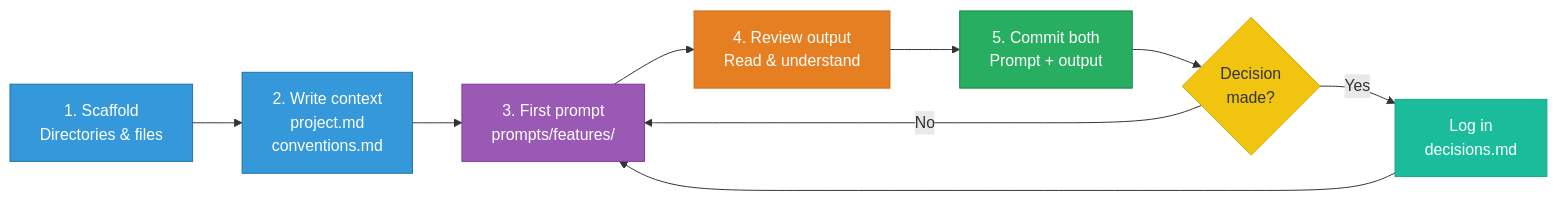
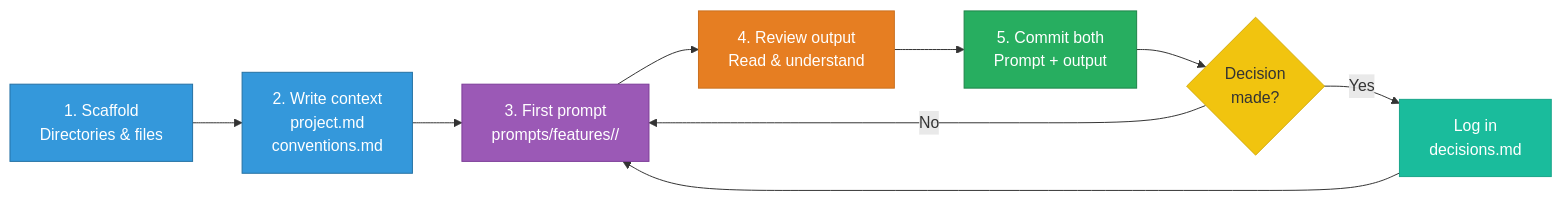
Before and after one commit to harshal2802/pdd-skill: the fourth of 5 diagrams in docs/philosophy.md, drawn with Mermaid. The commit also changed other lines of this file and 10 other files, not shown here.

````diff
--- a/docs/philosophy.md
+++ b/docs/philosophy.md
@@ -146,19 +146,19 @@
 ```mermaid
 flowchart LR
     A["1. Scaffold\nDirectories & files"] --> B["2. Write context\nproject.md\nconventions.md"]
-    B --> C["3. First prompt\nprompts/features/"]
+    B --> C["3. First prompt\nprompts/features/<area>/"]
     C --> D["4. Review output\nRead & understand"]
     D --> E["5. Commit both\nPrompt + output"]
     E --> F{"Decision\nmade?"}
     F -- Yes --> G["Log in\ndecisions.md"]
     F -- No --> C
     G --> C
 
     style A fill:#3498db,stroke:#2471a3,color:#fff
     style B fill:#3498db,stroke:#2471a3,color:#fff
     style C fill:#9b59b6,stroke:#7d3c98,color:#fff
     style D fill:#e67e22,stroke:#ca6f1e,color:#fff
     style E fill:#27ae60,stroke:#1e8449,color:#fff
     style F fill:#f1c40f,stroke:#d4ac0d,color:#333
     style G fill:#1abc9c,stroke:#17a589,color:#fff
 ```
````
